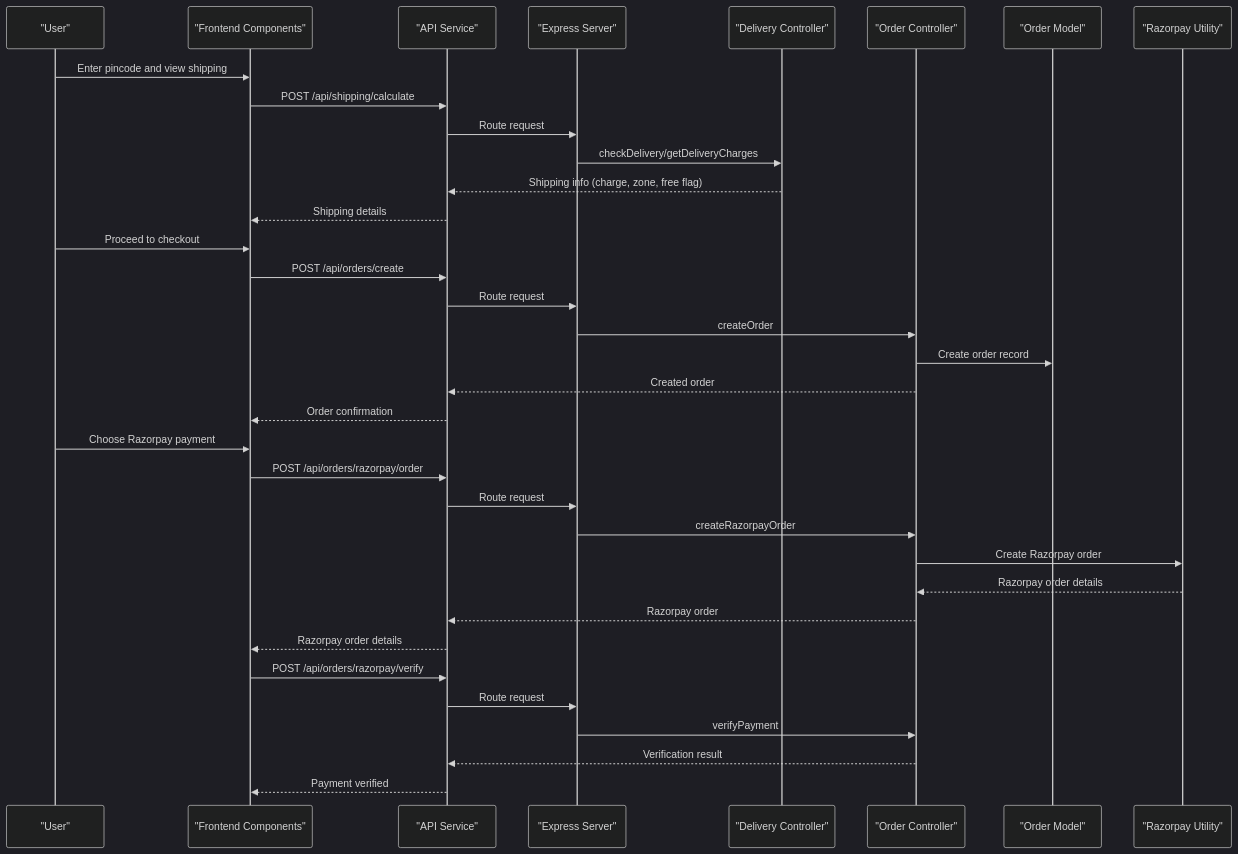
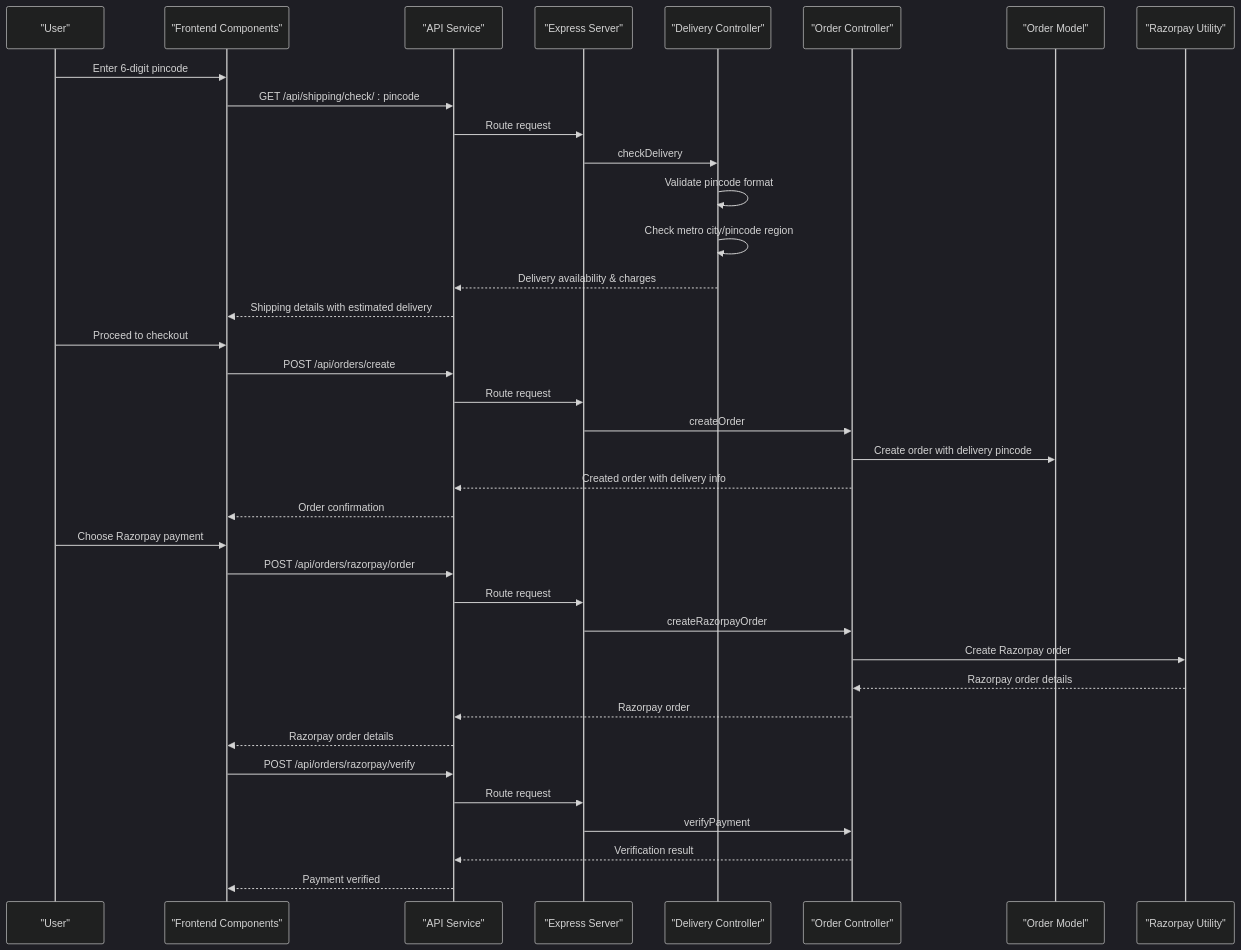
The second of 6 diagrams in .qoder/repowiki/en/content/Backend API Documentation/Delivery Management.md (Pavan-PSPK9032/TrendsandToss), drawn with Mermaid (dark theme) before and after one commit. The commit also changed other lines of this file and 9 other files, not shown here.

Commit message:
Mobile UI improvements: 2-col grid, swipe images, remove pincode from product details, optimize spacing

````diff
--- a/.qoder/repowiki/en/content/Backend API Documentation/Delivery Management.md
+++ b/.qoder/repowiki/en/content/Backend API Documentation/Delivery Management.md
@@ -127,37 +139,39 @@
 ```mermaid
 sequenceDiagram
 participant User as "User"
 participant Frontend as "Frontend Components"
 participant API as "API Service"
 participant Server as "Express Server"
 participant ShippingCtrl as "Delivery Controller"
 participant OrderCtrl as "Order Controller"
 participant OrderModel as "Order Model"
 participant Razorpay as "Razorpay Utility"
-User->>Frontend : Enter pincode and view shipping
-Frontend->>API : POST /api/shipping/calculate
+User->>Frontend : Enter 6-digit pincode
+Frontend->>API : GET /api/shipping/check/ : pincode
 API->>Server : Route request
-Server->>ShippingCtrl : checkDelivery/getDeliveryCharges
-ShippingCtrl-->>API : Shipping info (charge, zone, free flag)
-API-->>Frontend : Shipping details
+Server->>ShippingCtrl : checkDelivery
+ShippingCtrl->>ShippingCtrl : Validate pincode format
+ShippingCtrl->>ShippingCtrl : Check metro city/pincode region
+ShippingCtrl-->>API : Delivery availability & charges
+API-->>Frontend : Shipping details with estimated delivery
 User->>Frontend : Proceed to checkout
 Frontend->>API : POST /api/orders/create
 API->>Server : Route request
 Server->>OrderCtrl : createOrder
-OrderCtrl->>OrderModel : Create order record
-OrderCtrl-->>API : Created order
+OrderCtrl->>OrderModel : Create order with delivery pincode
+OrderCtrl-->>API : Created order with delivery info
 API-->>Frontend : Order confirmation
 User->>Frontend : Choose Razorpay payment
 Frontend->>API : POST /api/orders/razorpay/order
 API->>Server : Route request
 Server->>OrderCtrl : createRazorpayOrder
 OrderCtrl->>Razorpay : Create Razorpay order
 Razorpay-->>OrderCtrl : Razorpay order details
 OrderCtrl-->>API : Razorpay order
 API-->>Frontend : Razorpay order details
 Frontend->>API : POST /api/orders/razorpay/verify
 API->>Server : Route request
 Server->>OrderCtrl : verifyPayment
 OrderCtrl-->>API : Verification result
 API-->>Frontend : Payment verified
 ```
````
